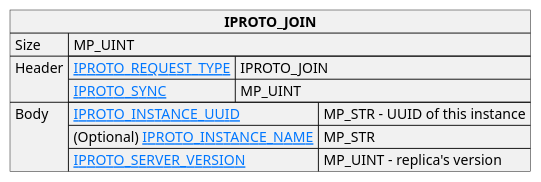
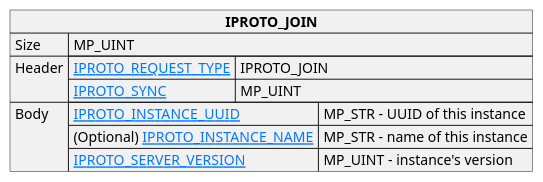
Before and after one commit to tarantool/doc: the diagram in doc/reference/internals/iproto/images/repl_join_request.puml, drawn with PlantUML. The commit also changed 4 other files, not shown here.

```diff
--- a/doc/reference/internals/iproto/images/repl_join_request.puml
+++ b/doc/reference/internals/iproto/images/repl_join_request.puml
@@ -1,23 +1,23 @@
 @startuml
 
 skinparam {
     HyperlinkColor #0077FF
     FontColor #313131
     BorderColor #313131
     BackgroundColor transparent
 }
 
 json "**IPROTO_JOIN**" as join_request {
     "Size": "MP_UINT",
     "Header": {
       "[[https://tarantool.io/en/doc/latest/reference/internals/iproto/keys IPROTO_REQUEST_TYPE]]": "IPROTO_JOIN",
       "[[https://tarantool.io/en/doc/latest/reference/internals/iproto/keys IPROTO_SYNC]]": "MP_UINT"
     },
     "Body": {
       "[[https://tarantool.io/en/doc/latest/reference/internals/iproto/keys IPROTO_INSTANCE_UUID]]": "MP_STR – UUID of this instance",
-      "(Optional) [[https://tarantool.io/en/doc/latest/reference/internals/iproto/keys IPROTO_INSTANCE_NAME]]": "MP_STR",
-      "[[https://tarantool.io/en/doc/latest/reference/internals/iproto/keys IPROTO_SERVER_VERSION]]": "MP_UINT – replica's version"
+      "(Optional) [[https://tarantool.io/en/doc/latest/reference/internals/iproto/keys IPROTO_INSTANCE_NAME]]": "MP_STR - name of this instance",
+      "[[https://tarantool.io/en/doc/latest/reference/internals/iproto/keys IPROTO_SERVER_VERSION]]": "MP_UINT – instance's version"
     }
 }
 
 @enduml
```
